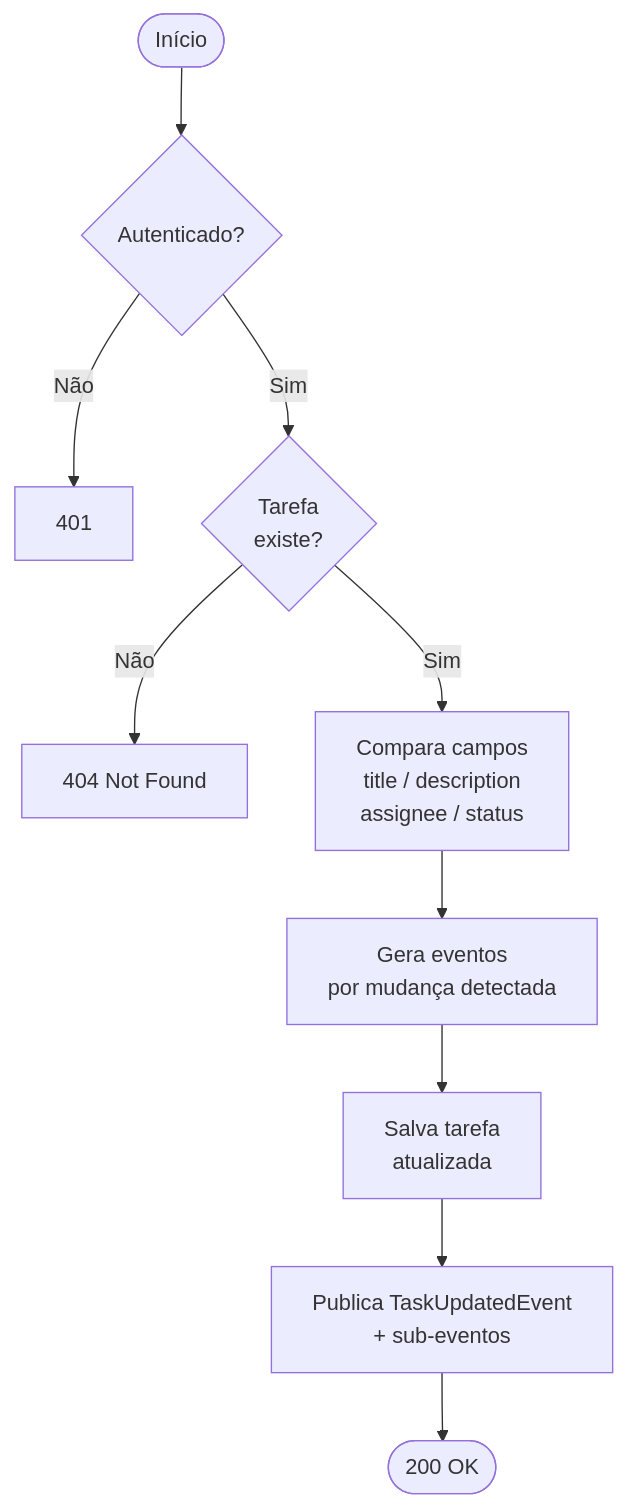
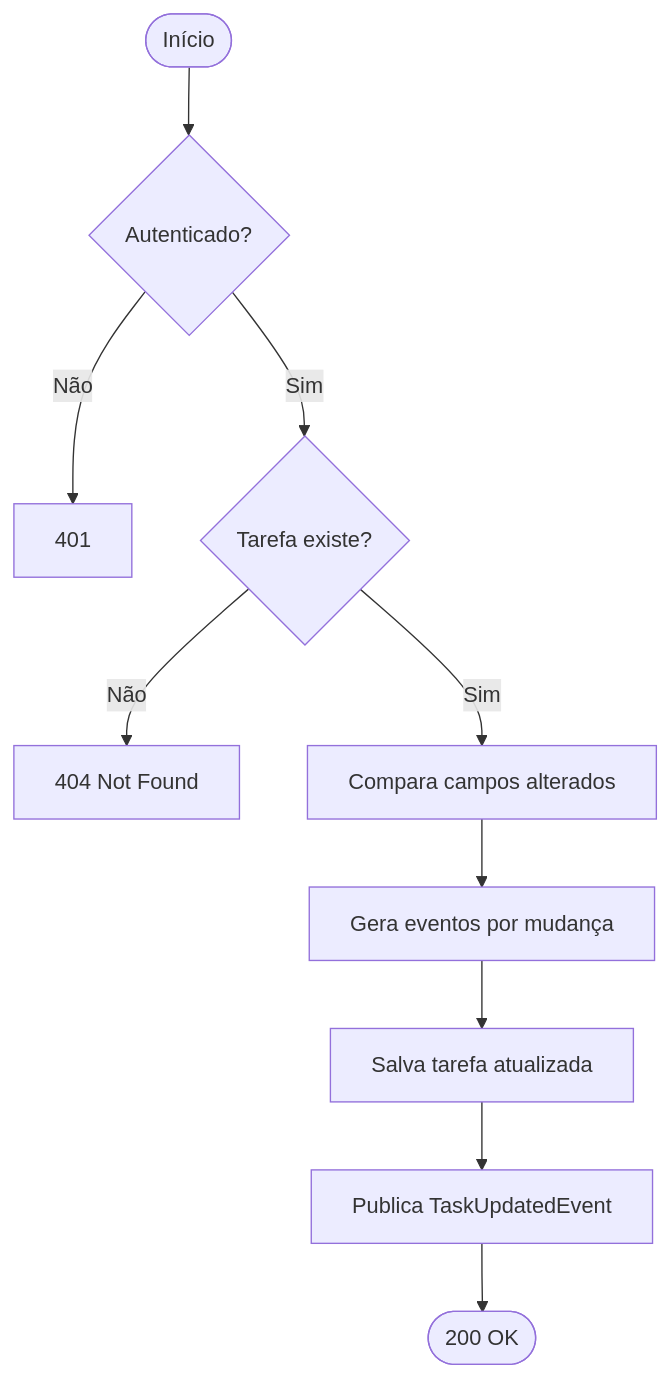
The third of 4 diagrams in README.md (gabrielmusskopf/eng-software-t2), drawn with Mermaid before and after one commit. The commit also changed other lines of this file, not shown here.

Commit message:
docs: corrige fluxogramas mermaid, adiciona sumário e configs de notificação no README

````diff
--- a/README.md
+++ b/README.md
@@ -167,12 +188,12 @@
 ```mermaid
 flowchart TD
     A([Início]) --> B{Autenticado?}
     B -- Não --> C[401]
-    B -- Sim --> D{Tarefa\nexiste?}
+    B -- Sim --> D{Tarefa existe?}
     D -- Não --> E[404 Not Found]
-    D -- Sim --> F[Compara campos\ntitle / description\nassignee / status]
-    F --> G[Gera eventos\npor mudança detectada]
-    G --> H[Salva tarefa\natualizada]
-    H --> I[Publica TaskUpdatedEvent\n+ sub-eventos]
+    D -- Sim --> F[Compara campos alterados]
+    F --> G[Gera eventos por mudança]
+    G --> H[Salva tarefa atualizada]
+    H --> I[Publica TaskUpdatedEvent]
     I --> J([200 OK])
 ```
````
